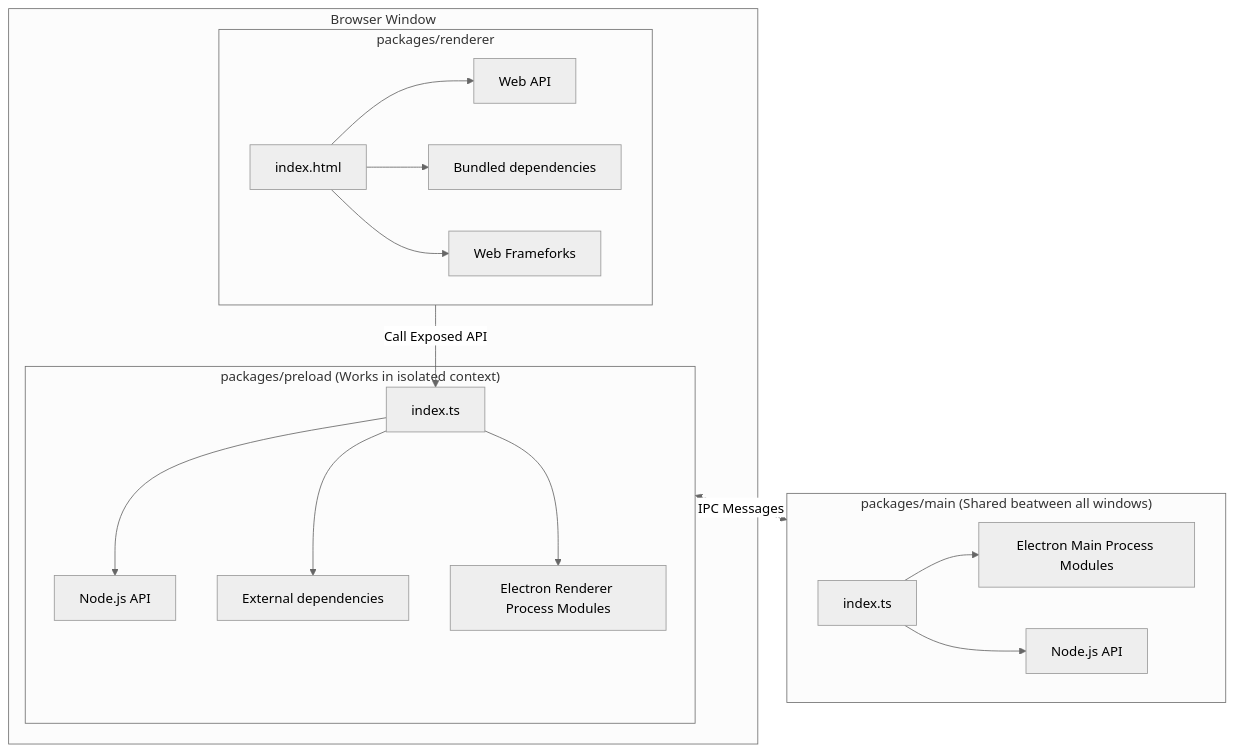
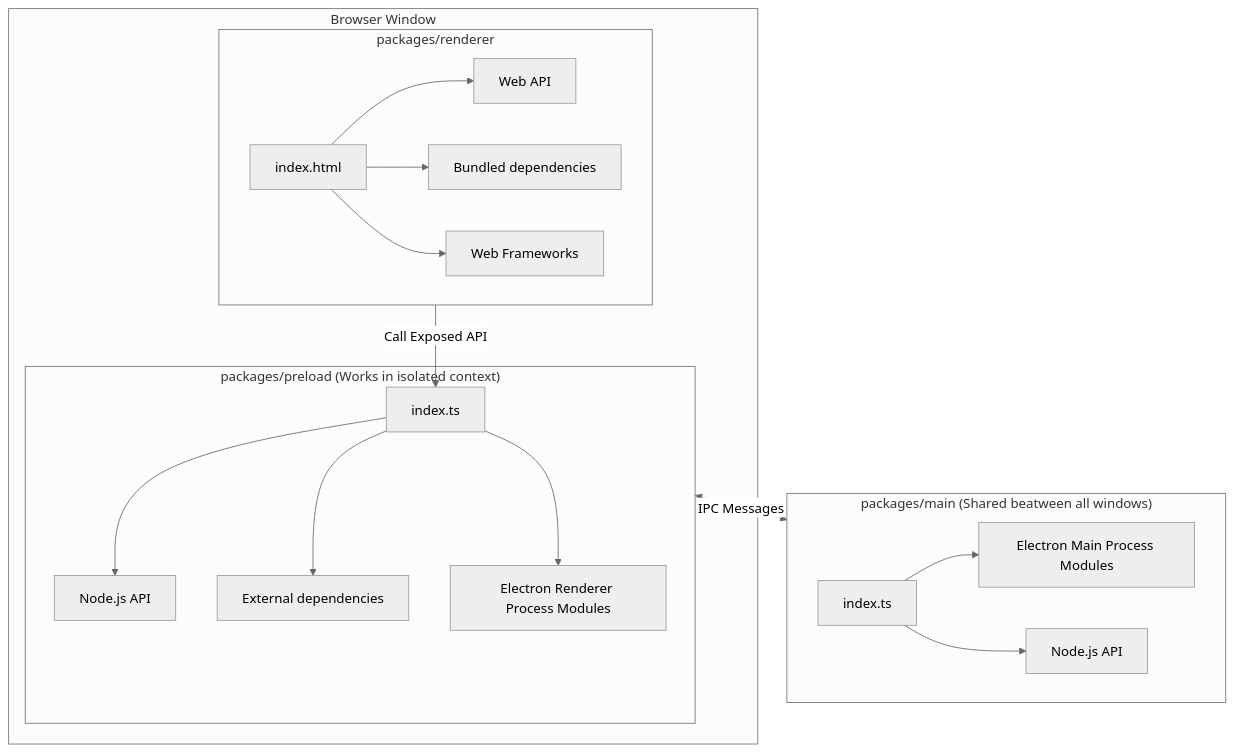
Before and after one commit to cawa-93/vite-electron-builder: the first of 2 diagrams in README.md, drawn with Mermaid (neutral theme).

Commit message:
docs: fix typo
resolve #969

````diff
--- a/README.md
+++ b/README.md
@@ -118,27 +118,27 @@
 ```mermaid
 flowchart TB;
 
 packages/preload <-. IPC Messages .-> packages/main
 
     subgraph packages/main["packages/main (Shared beatween all windows)"]
     M[index.ts] --> EM[Electron Main Process Modules]
     M --> N2[Node.js API]
     end
 
 subgraph Window["Browser Window"]
     subgraph packages/preload["packages/preload (Works in isolated context)"]
     P[index.ts] --> N[Node.js API]
     P --> ED[External dependencies]
     P --> ER[Electron Renderer Process Modules]
     end
 
 
     subgraph packages/renderer
     R[index.html] --> W[Web API]
     R --> BD[Bundled dependencies]
-    R --> F[Web Frameforks]
+    R --> F[Web Frameworks]
     end
     end
 
 packages/renderer -- Call Exposed API --> P
 ```
````
